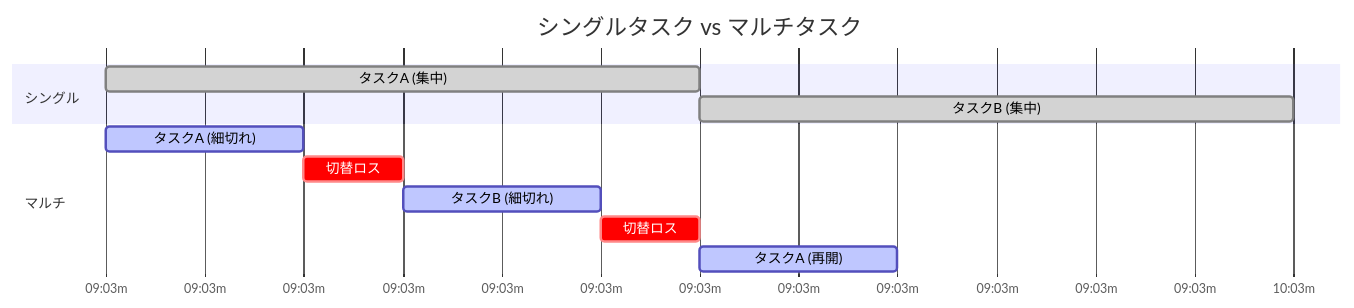
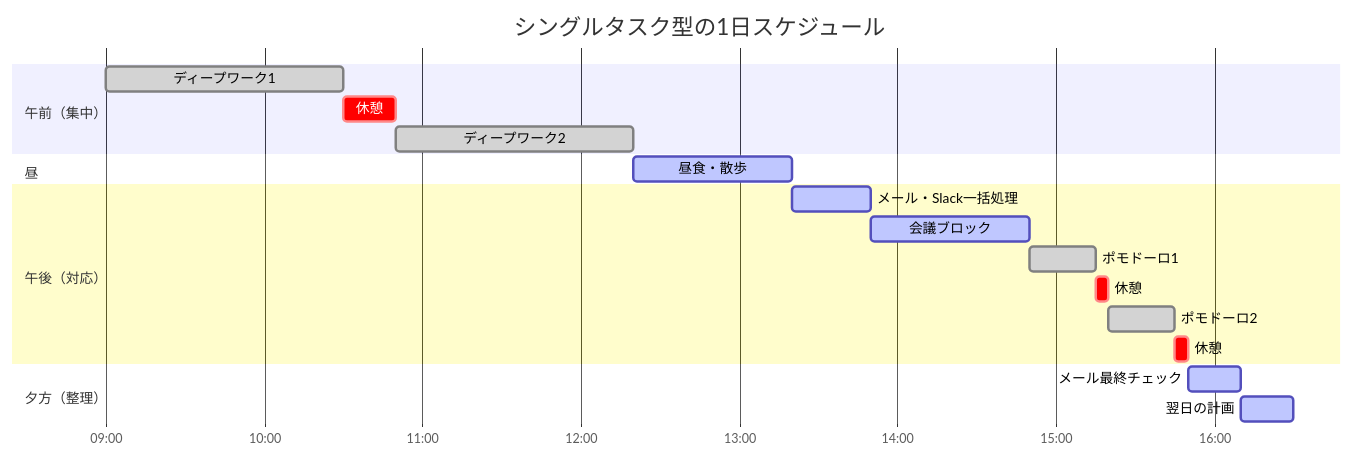
The third of 3 diagrams in content/blog/043-multitasking-myth.md (tndg16-bot/portfolio-site), drawn with Mermaid before and after one commit. The commit also changed other lines of this file and 46 other files, not shown here.

````diff
--- a/content/blog/043-multitasking-myth.md
+++ b/content/blog/043-multitasking-myth.md
@@ -47,17 +170,22 @@
 ```mermaid
 gantt
-    title シングルタスク vs マルチタスク
-    dateFormat  HH:mm
-    axisFormat %H:%mm
-    
-    section シングル
-    タスクA (集中)   :done, a1, 09:00, 30m
-    タスクB (集中)   :done, b1, after a1, 30m
-    
-    section マルチ
-    タスクA (細切れ) :active, a2, 09:00, 10m
-    切替ロス        :crit, c1, after a2, 5m
-    タスクB (細切れ) :active, b2, after c1, 10m
-    切替ロス        :crit, c2, after b2, 5m
-    タスクA (再開)   :active, a3, after c2, 10m
+    title シングルタスク型の1日スケジュール
+    dateFormat HH:mm
+    axisFormat %H:%M
+    section 午前（集中）
+        ディープワーク1     :done, d1, 09:00, 90m
+        休憩              :crit, b1, 10:30, 20m
+        ディープワーク2     :done, d2, 10:50, 90m
+    section 昼
+        昼食・散歩         :active, l1, 12:20, 60m
+    section 午後（対応）
+        メール・Slack一括処理 :active, m1, 13:20, 30m
+        会議ブロック        :active, mt1, 13:50, 60m
+        ポモドーロ1         :done, p1, 14:50, 25m
+        休憩              :crit, b2, 15:15, 5m
+        ポモドーロ2         :done, p2, 15:20, 25m
+        休憩              :crit, b3, 15:45, 5m
+    section 夕方（整理）
+        メール最終チェック   :active, m2, 15:50, 20m
+        翌日の計画         :active, pl1, 16:10, 20m
 ```
````
